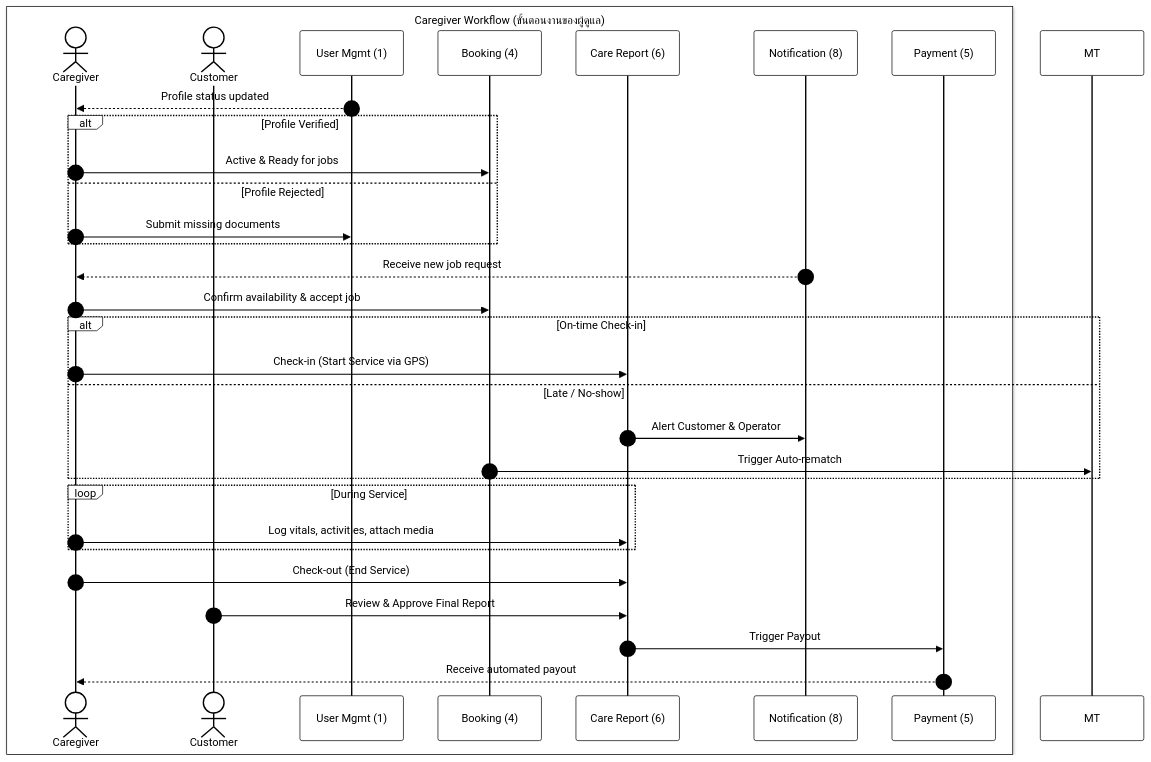
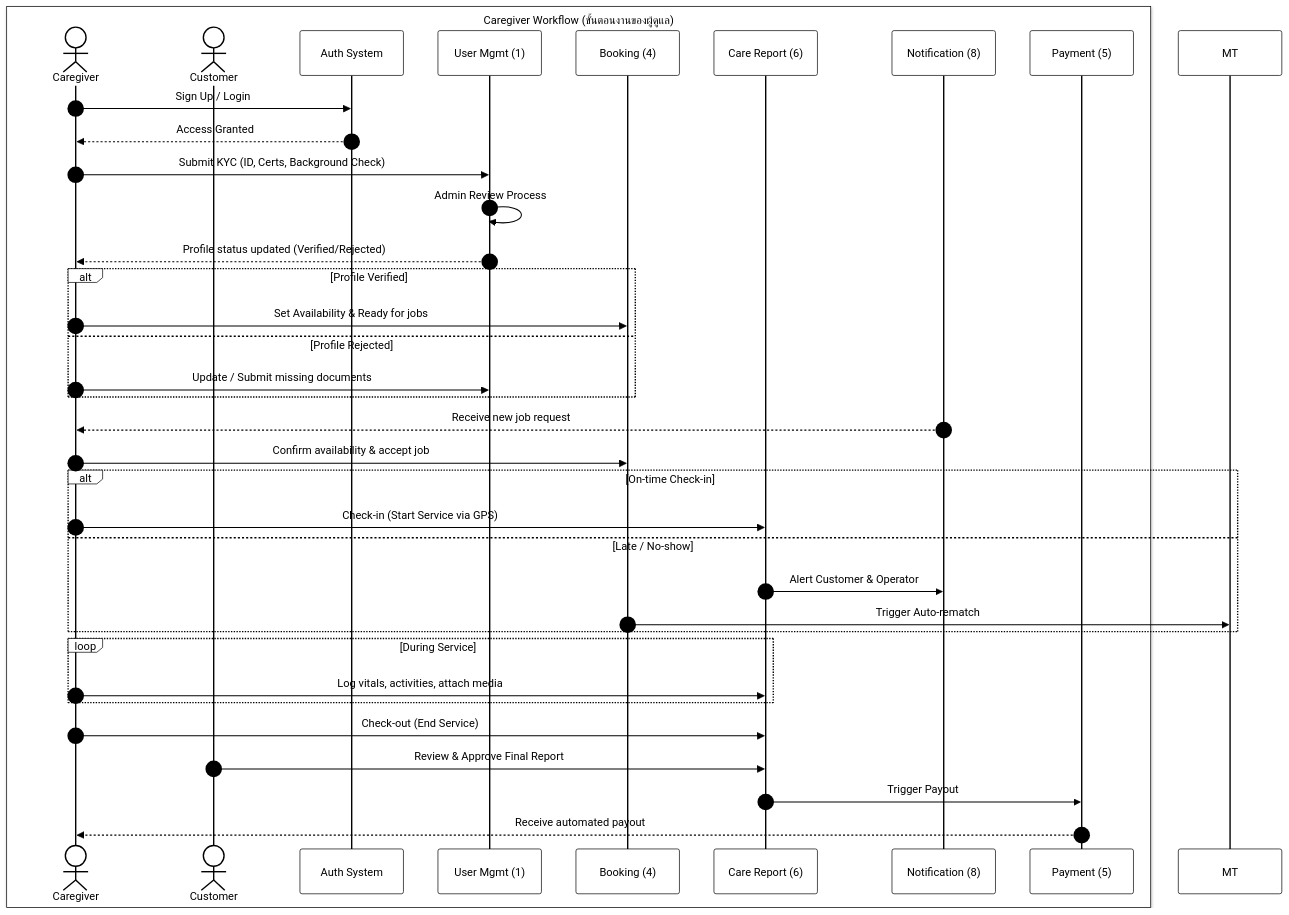
One commit to warattapobwaiarsa/CareDee_Project_Doc changed the third of 6 diagrams in workflow/WORKFLOW.md. Above: the diagram before and after it, drawn with Mermaid. The commit also changed other lines of this file and 3 other files, not shown here.

Commit message:
update user flow

````diff
--- a/workflow/WORKFLOW.md
+++ b/workflow/WORKFLOW.md
@@ -148,37 +165,50 @@
 ```mermaid
 %%{init: { 'theme': 'base', 'themeVariables': { 'darkMode': false, 'background': '#ffffff', 'mainBkg': '#ffffff', 'primaryColor': '#ffffff', 'primaryTextColor': '#000000', 'primaryBorderColor': '#000000', 'lineColor': '#000000', 'secondaryColor': '#ffffff', 'tertiaryColor': '#ffffff', 'actorBkg': '#ffffff', 'actorTextColor': '#000000', 'actorLineColor': '#000000', 'participantBkg': '#ffffff', 'participantTextColor': '#000000', 'participantBorderColor': '#000000', 'signalColor': '#000000', 'signalTextColor': '#000000', 'labelTextColor': '#000000', 'loopTextColor': '#000000', 'noteBkgColor': '#ffffff', 'noteTextColor': '#000000', 'activationBkgColor': '#ffffff', 'activationBorderColor': '#000000', 'sequenceNumberColor': '#000000' }, 'themeCSS': 'svg { background-color: white !important; background: white !important; } rect, circle, path, line, polygon, .labelBox, .cluster rect, .actor, .participant, .note, .activation { fill: white !important; stroke: black !important; stroke-width: 2px !important; } text, tspan, .loopText, .messageText, .noteText, .sequenceNumber { fill: black !important; color: black !important; font-weight: bold !important; font-size: 14px !important; } .cluster rect { stroke-dasharray: 0 !important; }' } }%%
 sequenceDiagram
     autonumber
 
     box white Caregiver Workflow (ขั้นตอนงานของผู้ดูแล)
         actor CG as Caregiver
         actor C as Customer
+        participant Auth as Auth System
         participant UM as User Mgmt (1)
         participant BK as Booking (4)
         participant CR as Care Report (6)
         participant NT as Notification (8)
         participant PM as Payment (5)
     end
 
-    UM-->>CG: Profile status updated
+    %% Authentication & KYC Onboarding
+    CG->>Auth: Sign Up / Login
+    Auth-->>CG: Access Granted
+    CG->>UM: Submit KYC (ID, Certs, Background Check)
+    UM->>UM: Admin Review Process
+    UM-->>CG: Profile status updated (Verified/Rejected)
+
     alt Profile Verified
-        CG->>BK: Active & Ready for jobs
+        CG->>BK: Set Availability & Ready for jobs
     else Profile Rejected
-        CG->>UM: Submit missing documents
+        CG->>UM: Update / Submit missing documents
     end
+
+    %% Job Acceptance
     NT-->>CG: Receive new job request
     CG->>BK: Confirm availability & accept job
+    
+    %% Service Delivery
     alt On-time Check-in
         CG->>CR: Check-in (Start Service via GPS)
     else Late / No-show
         CR->>NT: Alert Customer & Operator
         BK->>MT: Trigger Auto-rematch
     end
     loop During Service
         CG->>CR: Log vitals, activities, attach media
     end
     CG->>CR: Check-out (End Service)
+    
+    %% Payment & Payout
     C->>CR: Review & Approve Final Report
     CR->>PM: Trigger Payout
     PM-->>CG: Receive automated payout
 ```
````
